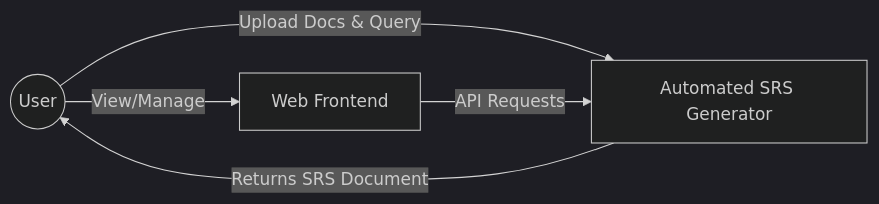
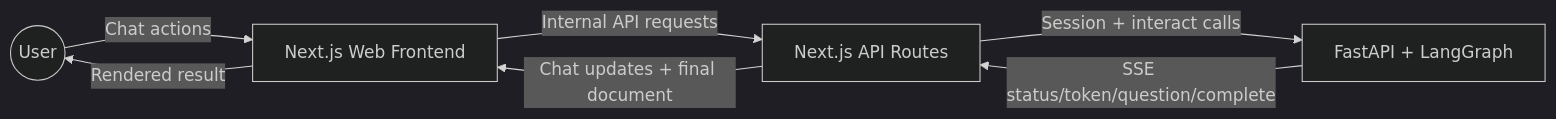
The first of 3 diagrams in documentation/dataflow_diagram.md (Ta1al/automated-SRS-generator), drawn with Mermaid (dark theme) before and after one commit. The commit also changed other lines of this file and 3 other files, not shown here.

Commit message:
Update documentation for activity, class, data flow, and ER diagrams

````diff
--- a/documentation/dataflow_diagram.md
+++ b/documentation/dataflow_diagram.md
@@ -5,7 +5,9 @@
 ```mermaid
 graph LR
-    User((User)) -->|Upload Docs & Query| System["Automated SRS Generator"]
-    System -->|Returns SRS Document| User
-    User -->|View/Manage| Frontend["Web Frontend"]
-    Frontend -->|API Requests| System
+    User((User)) -->|Chat actions| Frontend["Next.js Web Frontend"]
+    Frontend -->|Internal API requests| Api["Next.js API Routes"]
+    Api -->|Session + interact calls| Backend["FastAPI + LangGraph"]
+    Backend -->|SSE status/token/question/complete| Api
+    Api -->|Chat updates + final document| Frontend
+    Frontend -->|Rendered result| User
 ```
````
